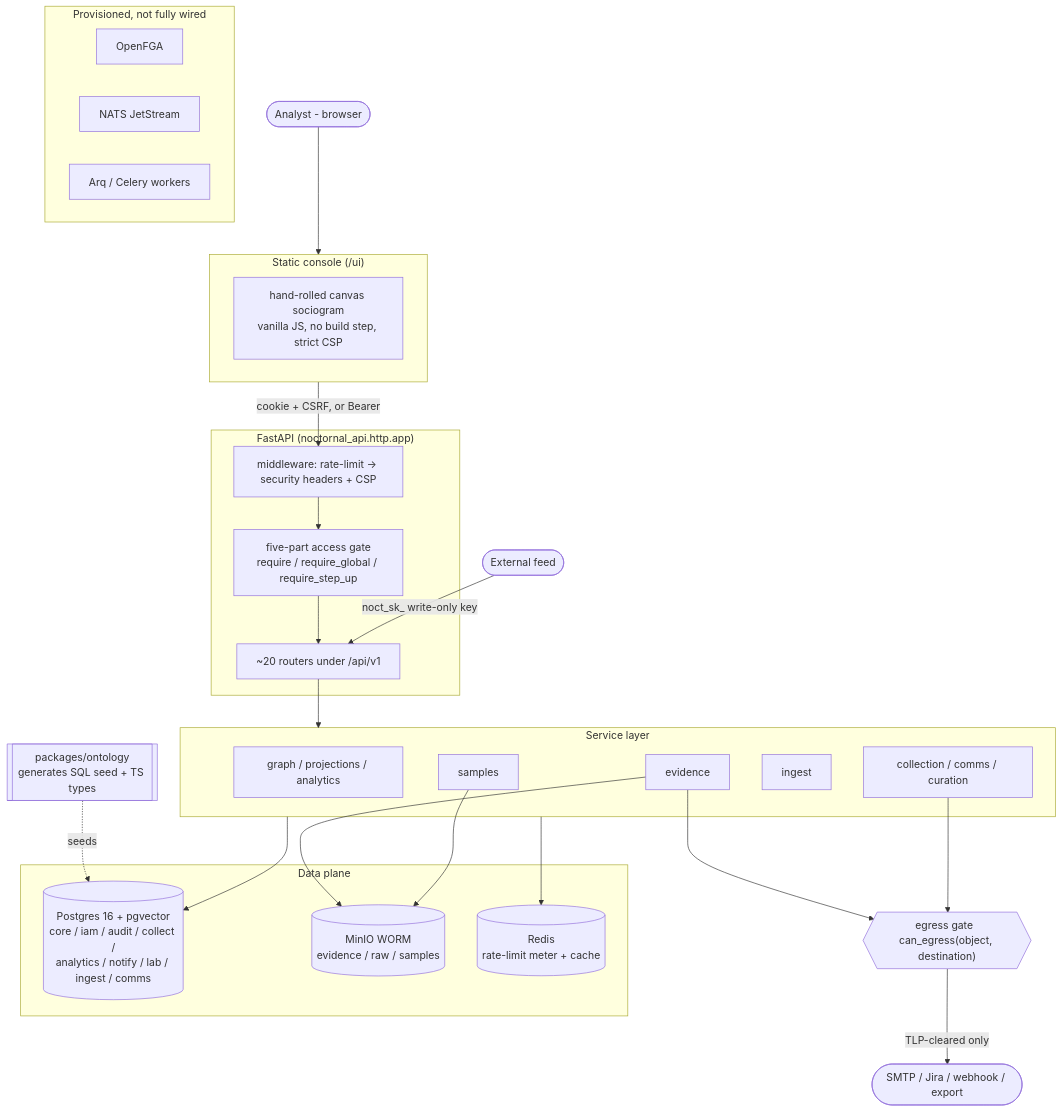
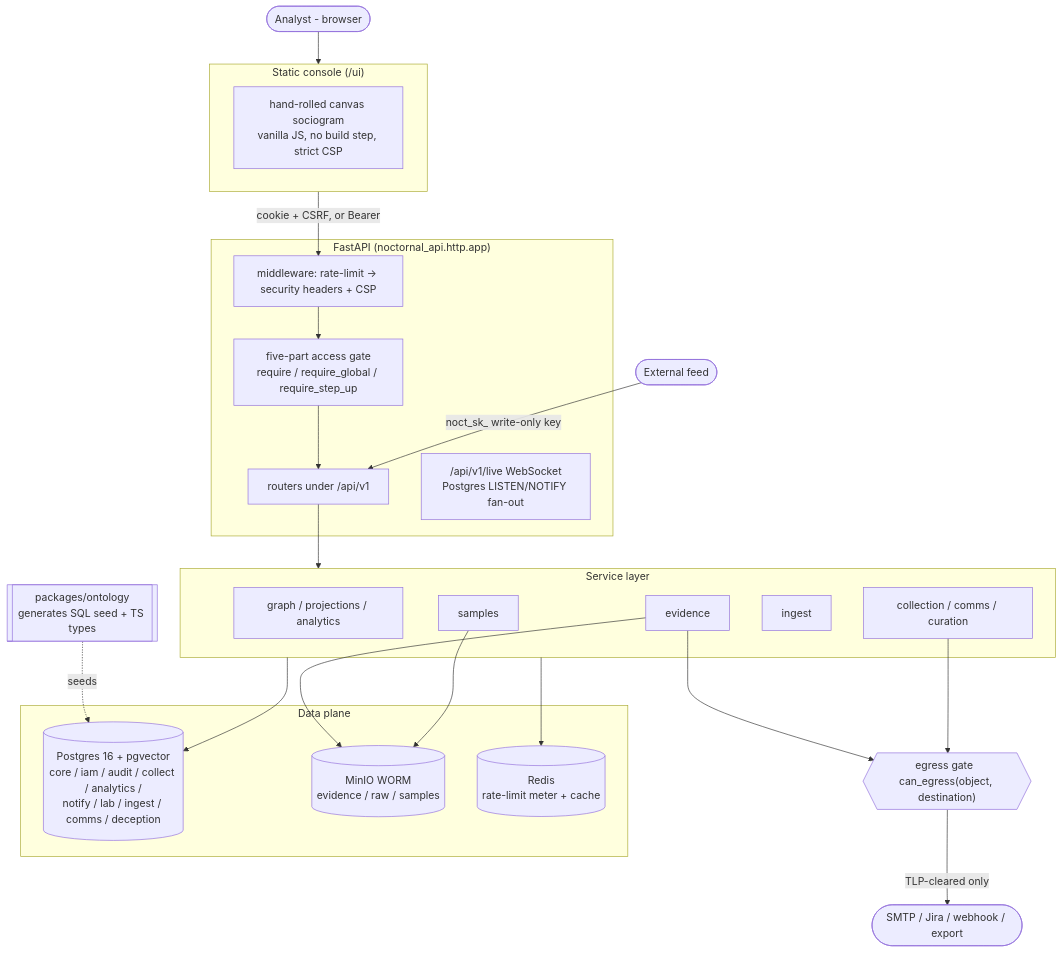
Before and after one commit to dboudreau00/NocTORnal: the diagram in ARCHITECTURE.md, drawn with Mermaid. The commit also changed other lines of this file and 17 other files, not shown here.

Commit message:
docs: describe the program that exists; single-source the version; generate db/schema.sql and gate it in CI

````diff
--- a/ARCHITECTURE.md
+++ b/ARCHITECTURE.md
@@ -56,53 +61,48 @@
 ```mermaid
 flowchart TB
   Analyst([Analyst - browser])
   Feed([External feed])
 
   subgraph UI["Static console  (/ui)"]
     Canvas["hand-rolled canvas sociogram<br/>vanilla JS, no build step, strict CSP"]
   end
 
   subgraph API["FastAPI  (noctornal_api.http.app)"]
     MW["middleware: rate-limit -> security headers + CSP"]
     GATE["five-part access gate<br/>require / require_global / require_step_up"]
-    R["~20 routers under /api/v1"]
+    R["routers under /api/v1"]
+    WS["/api/v1/live WebSocket<br/>Postgres LISTEN/NOTIFY fan-out"]
     MW --> GATE --> R
   end
 
   subgraph SVC["Service layer"]
     G["graph / projections / analytics"]
     E["evidence"]
     S["samples"]
     I["ingest"]
     CO["collection / comms / curation"]
   end
 
   subgraph DATA["Data plane"]
-    PG[("Postgres 16 + pgvector<br/>core / iam / audit / collect /<br/>analytics / notify / lab / ingest / comms")]
+    PG[("Postgres 16 + pgvector<br/>core / iam / audit / collect / analytics /<br/>notify / lab / ingest / comms / deception")]
     OBJ[("MinIO WORM<br/>evidence / raw / samples")]
     RED[("Redis<br/>rate-limit meter + cache")]
-  end
-
-  subgraph PROV["Provisioned, not fully wired"]
-    FGA["OpenFGA"]
-    NATS["NATS JetStream"]
-    WORK["Arq / Celery workers"]
   end
 
   ONT[["packages/ontology<br/>generates SQL seed + TS types"]]
   EG{{"egress gate  can_egress(object, destination)"}}
   OUT([SMTP / Jira / webhook / export])
 
   Analyst --> UI
   UI -->|"cookie + CSRF, or Bearer"| MW
   Feed -->|"noct_sk_ write-only key"| R
   R --> SVC
   SVC --> PG
   E --> OBJ
   S --> OBJ
   SVC --> RED
   ONT -.seeds.-> PG
   E --> EG
   CO --> EG
   EG -->|"TLP-cleared only"| OUT
 ```
````
